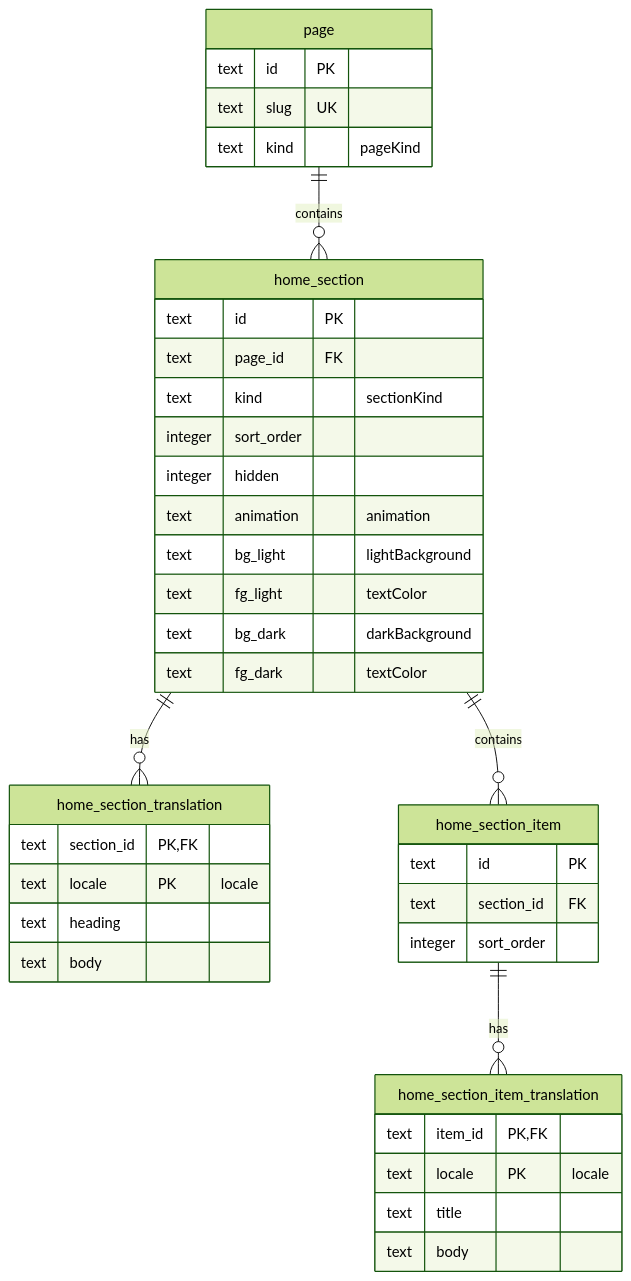
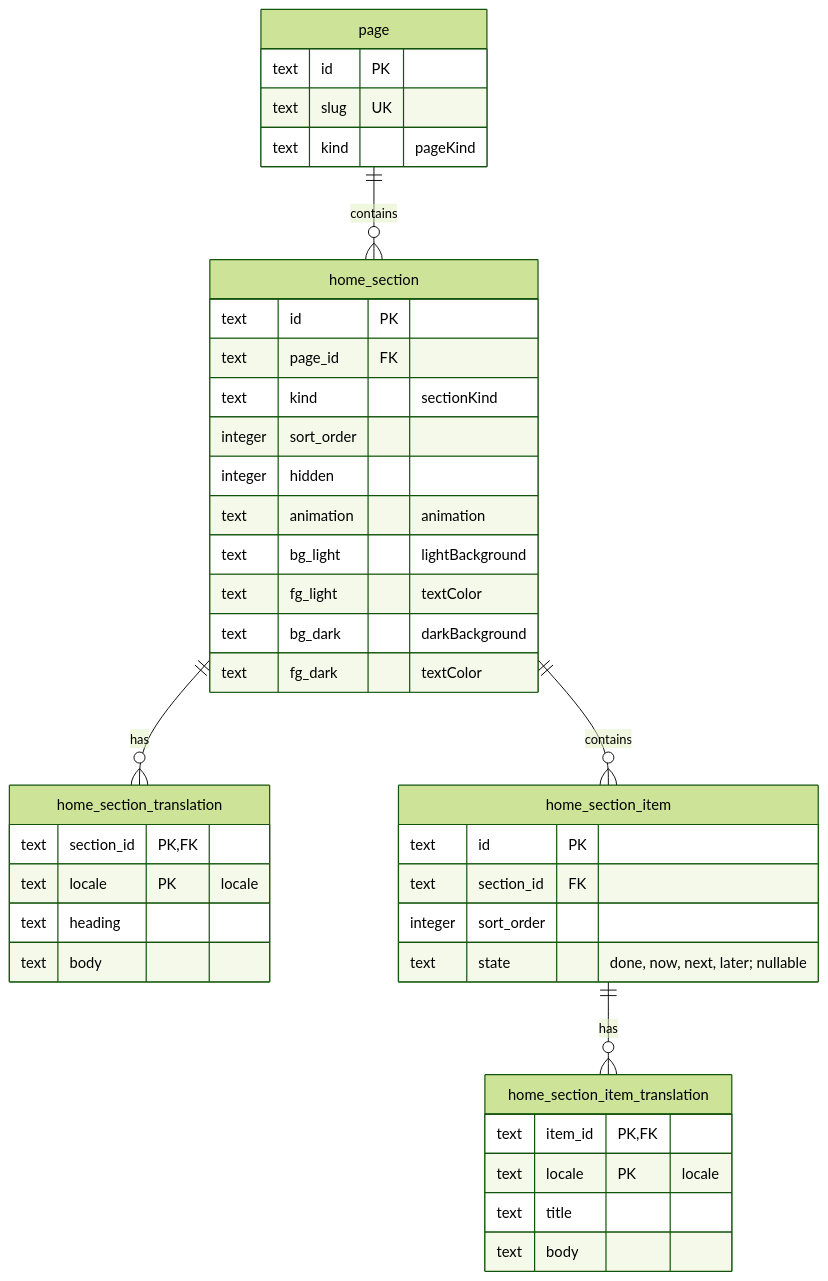
One commit to C3SC0-V4113/lumen changed the fourth of 7 diagrams in docs/database.md. Above: the diagram before and after it, drawn with Mermaid (forest theme). The commit also changed 9 other files, not shown here.

````diff
--- a/docs/database.md
+++ b/docs/database.md
@@ -136,42 +136,43 @@
 ```mermaid
 erDiagram
     page ||--o{ home_section : contains
     home_section ||--o{ home_section_translation : has
     home_section ||--o{ home_section_item : contains
     home_section_item ||--o{ home_section_item_translation : has
 
     page {
         text id PK
         text slug UK
         text kind "pageKind"
     }
     home_section {
         text id PK
         text page_id FK
         text kind "sectionKind"
         integer sort_order
         integer hidden
         text animation "animation"
         text bg_light "lightBackground"
         text fg_light "textColor"
         text bg_dark "darkBackground"
         text fg_dark "textColor"
     }
     home_section_translation {
         text section_id PK, FK
         text locale PK "locale"
         text heading
         text body
     }
     home_section_item {
         text id PK
         text section_id FK
         integer sort_order
+        text state "done, now, next, later; nullable"
     }
     home_section_item_translation {
         text item_id PK, FK
         text locale PK "locale"
         text title
         text body
     }
 ```
````
